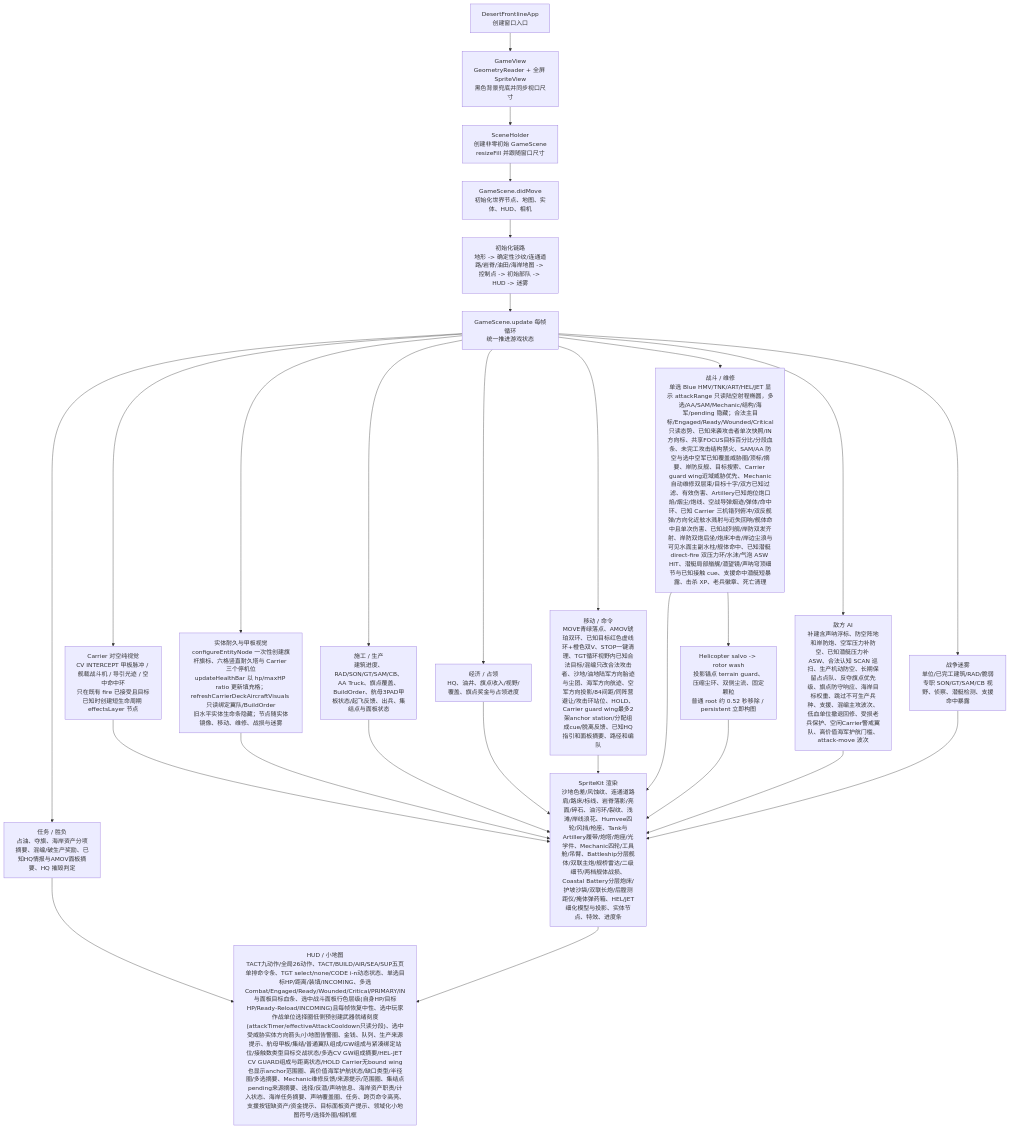
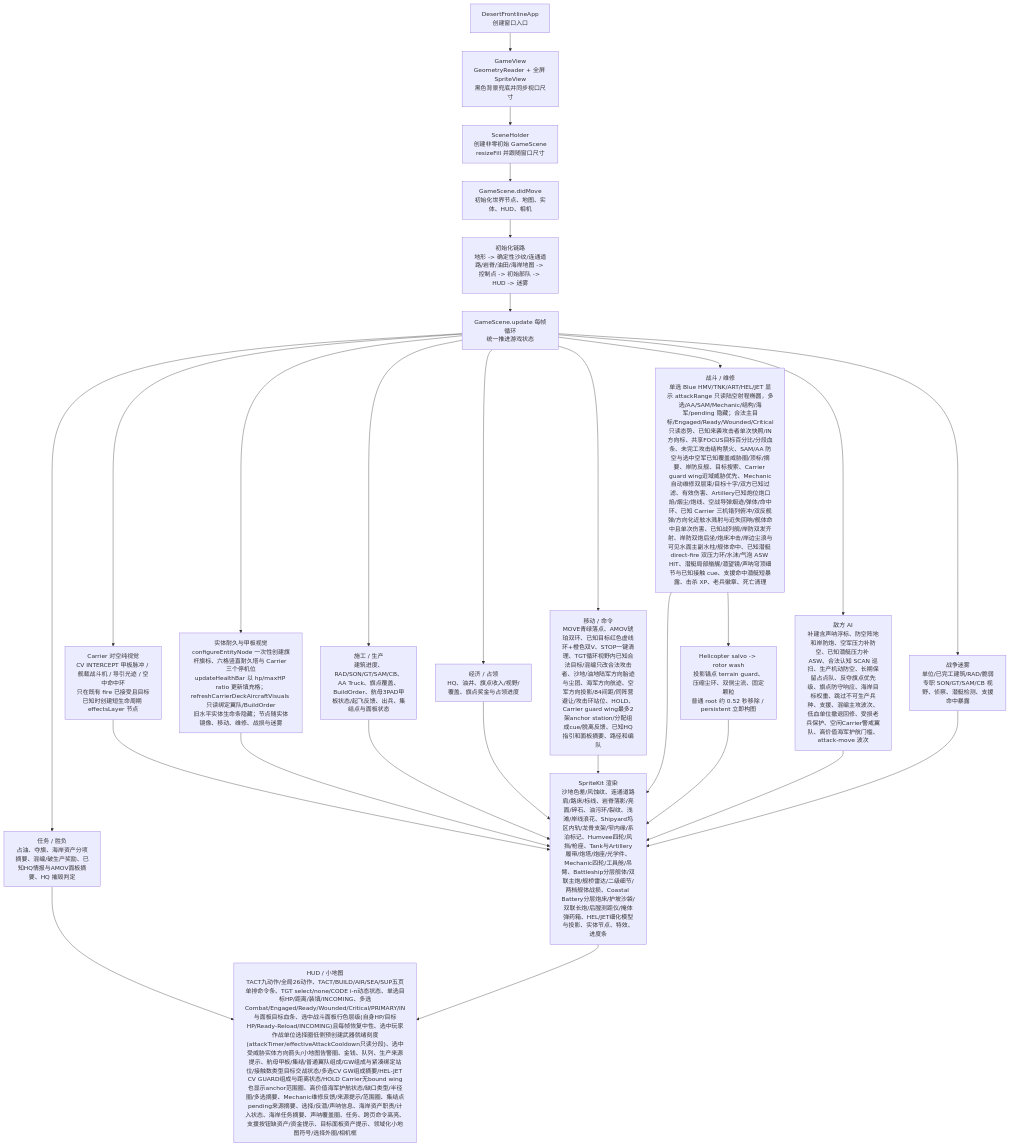
One commit to Altman-sam114/1145 changed the first of 3 diagrams in md/flow/flowchart.md. Above: the diagram before and after it, drawn with Mermaid. The commit also changed other lines of this file and 4 other files, not shown here.

````diff
--- a/md/flow/flowchart.md
+++ b/md/flow/flowchart.md
@@ -17,29 +17,29 @@
 ```mermaid
 flowchart TD
   App["DesertFrontlineApp\n创建窗口入口"] --> View["GameView\nGeometryReader + 全屏 SpriteView\n黑色背景兜底并同步视口尺寸"]
   View --> Holder["SceneHolder\n创建非零初始 GameScene\nresizeFill 并跟随窗口尺寸"]
   Holder --> Scene["GameScene.didMove\n初始化世界节点、地图、实体、HUD、相机"]
   Scene --> Init["初始化链路\n地形 -> 确定性沙纹/连通道路/岩脊/油田/海岸地图 -> 控制点 -> 初始部队 -> HUD -> 迷雾"]
   Init --> Loop["GameScene.update 每帧循环\n统一推进游戏状态"]
   Loop --> Build["施工 / 生产\n建筑进度、RAD/SON/GT/SAM/CB、AA Truck、旗点覆盖、BuildOrder、航母3PAD甲板状态/起飞反馈、出兵、集结点与面板状态"]
   Loop --> Economy["经济 / 占领\nHQ、油井、旗点收入/视野/覆盖、旗点奖金与占领进度"]
   Loop --> Commands["移动 / 命令\nMOVE青绿落点、AMOV琥珀双环、已知目标红色虚线环+橙色双V、STOP一键清理、TGT循环视野内已知合法目标/混编只改合法攻击者、沙地/油地陆军方向胎迹与尘团、海军方向航迹、空军方向投影/84间距/同阵营避让/攻击环站位、HOLD、Carrier guard wing最多2架anchor station/分配组成cue/脱离反馈、已知HQ指引和面板摘要、路径和编队"]
   Loop --> Combat["战斗 / 维修\n单选 Blue HMV/TNK/ART/HEL/JET 显示 attackRange 只读陆空射程椭圆，多选/AA/SAM/Mechanic/结构/海军/pending 隐藏；合法主目标/Engaged/Ready/Wounded/Critical只读态势、已知来袭攻击者单次快照/IN方向标、共享FOCUS目标百分比/分段血条、未完工攻击结构禁火、SAM/AA 防空与选中空军已知覆盖威胁圈/顶标/摘要、岸防反舰、目标搜索、Carrier guard wing近域威胁优先、Mechanic自动维修双层束/目标十字/双方已知过滤、有效伤害、Artillery已知炮位炮口焰/烟尘/炮线、空战导弹烟迹/弹体/命中环、已知 Carrier 三机错列俯冲/双反舰弹/方向化近舷水溅射与近失回响/舰体命中且单次伤害、已知战列舰/岸防双发齐射、岸防双炮后坐/炮床冲击/岸边尘浪与可见水面主副水柱/舰体命中、已知潜艇 direct-fire 双压力环/水沫/气泡 ASW HIT、潜艇局部艏艉/潜望镜/声呐穹顶细节与已知接触 cue、支援命中潜艇短暴露、击杀 XP、老兵徽章、死亡清理"]
   Loop --> CarrierAirVisual["Carrier 对空纯视觉\nCV INTERCEPT 甲板脉冲 / 舰载战斗机 / 导引光迹 / 空中命中环\n只在既有 fire 已接受且目标已知时创建短生命周期 effectsLayer 节点"]
   CarrierAirVisual --> Render
   Loop --> HealthVisual["实体耐久与甲板视觉\nconfigureEntityNode 一次性创建旗杆旗标、六格竖直耐久塔与 Carrier 三个停机位\nupdateHealthBar 以 hp/maxHP ratio 更新填充格；refreshCarrierDeckAircraftVisuals 只读绑定翼队/BuildOrder\n旧水平实体生命条隐藏；节点随实体镜像、移动、维修、战损与迷雾"]
   HealthVisual --> Render
   Loop --> AI["敌方 AI\n补建含声呐浮标、防空阵地和岸防炮、空军压力补防空、已知潜艇压力补 ASW、合法认知 SCAN 巡扫、生产机动防空、长期保留占点队、反夺旗点优先级、旗点防守响应、海岸目标权重、跳过不可生产兵种、支援、混编主攻波次、低血单位撤退回修、受损老兵保护、空闲Carrier警戒翼队、高价值海军护航门槛、attack-move 波次"]
   Loop --> Fog["战争迷雾\n单位/已完工建筑/RAD/脆弱专职 SON/GT/SAM/CB 视野、侦察、潜艇检测、支援命中暴露"]
   Loop --> Mission["任务 / 胜负\n占油、夺旗、海岸资产分项摘要、混编/破生产奖励、已知HQ情报与AMOV面板摘要、HQ 摧毁判定"]
-  Build --> Render["SpriteKit 渲染\n沙地色差/风蚀纹、连通道路肩/路床/标线、岩脊落影/亮面/碎石、油污环/裂纹、浅滩/岸线浪花、Humvee四轮/风挡/枪座、Tank与Artillery履带/炮塔/炮座/光学件、Mechanic四轮/工具舱/吊臂、Battleship分层舰体/双联主炮/舰桥雷达/二级细节/两档舰体战损、Coastal Battery分层炮床/护坡沙袋/双联长炮/后膛测距仪/掩体弹药箱、HEL/JET细化模型与投影、实体节点、特效、进度条"]
+  Build --> Render["SpriteKit 渲染\n沙地色差/风蚀纹、连通道路肩/路床/标线、岩脊落影/亮面/碎石、油污环/裂纹、浅滩/岸线浪花、Shipyard坞区内轨/龙骨支架/窄内缘/系泊标记、Humvee四轮/风挡/枪座、Tank与Artillery履带/炮塔/炮座/光学件、Mechanic四轮/工具舱/吊臂、Battleship分层舰体/双联主炮/舰桥雷达/二级细节/两档舰体战损、Coastal Battery分层炮床/护坡沙袋/双联长炮/后膛测距仪/掩体弹药箱、HEL/JET细化模型与投影、实体节点、特效、进度条"]
   Economy --> Render
   Commands --> Render
   Combat --> Render
   Combat --> RotorWash["Helicopter salvo -> rotor wash\n投影锚点 terrain guard、压缩尘环、双侧尘流、固定颗粒\n普通 root 约 0.52 秒移除 / persistent 立即构图"]
   RotorWash --> Render
   AI --> Render
   Fog --> Render
   Mission --> HUD["HUD / 小地图\nTACT九动作/全局26动作、TACT/BUILD/AIR/SEA/SUP五页单排命令条、TGT select/none/CODE i-n动态状态、单选目标HP/距离/装填/INCOMING、多选Combat/Engaged/Ready/Wounded/Critical/PRIMARY/IN与面板目标血条、选中战斗面板行色层级(自身HP/目标HP/Ready-Reload/INCOMING)且每帧恢复中性、选中玩家作战单位选择圈低侧预创建武器就绪刻度(attackTimer/effectiveAttackCooldown只读分段)、选中受威胁实体方向箭头/小地图告警圈、金钱、队列、生产来源提示、航母甲板/集结/普通翼队组成/GW组成与紧凑绑定站位/接触数类型目标交战状态/多选CV GW组成摘要/HEL-JET CV GUARD组成与距离状态/HOLD Carrier无bound wing也显示anchor范围圈、高价值海军护航状态/缺口类型/半径圈/多选摘要、Mechanic维修反馈/来源提示/范围圈、集结点pending来源摘要、选择/反潜/声呐信息、海岸资产职责/计入状态、海岸任务摘要、声呐覆盖圈、任务、跨页命令高亮、支援按钮缺资产/资金提示、目标面板资产提示、领域化小地图符号/选择外圈/相机框"]
   Render --> HUD
 ```
````
